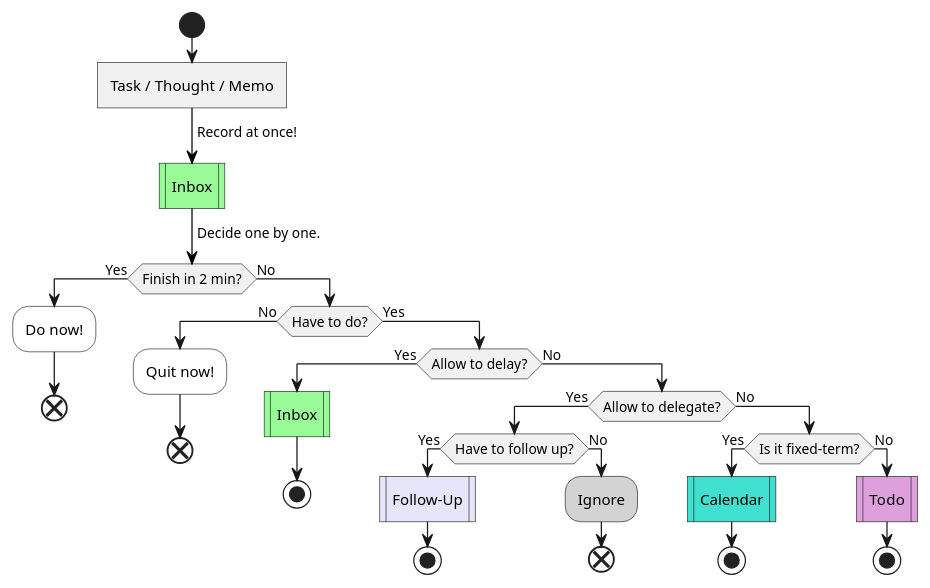
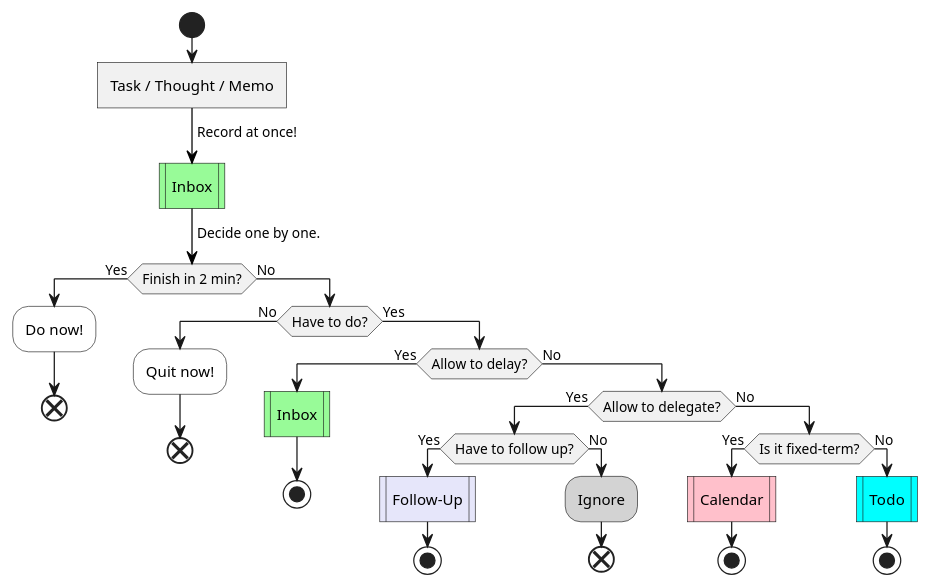
One commit to IceHe/icehe-lib changed the third of 9 diagrams in snips/principles/gtd.md. Above: the diagram before and after it, drawn with PlantUML. The commit also changed other lines of this file and 1 other file, not shown here.

````diff
--- a/snips/principles/gtd.md
+++ b/snips/principles/gtd.md
@@ -47,41 +47,41 @@
 ```plantuml
 @startuml
 start
 :Task / Thought / Memo]
 -[#black]-> Record at once!;
 #paleGreen:Inbox|
 -[#black]-> Decide one by one.;
 if (Finish in 2 min?) then (Yes)
     #white:Do now!;
     end
 else (No)
     if (Have to do?) then (No)
         #white:Quit now!;
         end
     else (Yes)
         if (Allow to delay?) then (Yes)
             #paleGreen:Inbox|
             stop
         else (No)
             if (Allow to delegate?) then (Yes)
                 if (Have to follow up?) then (Yes)
                     #lavender:Follow-Up|
                     stop
                 else (No)
                     #lightGray:Ignore;
                     end
                 endif
             else (No)
                 if (Is it fixed-term?) then (Yes)
-                    #turquoise:Calendar|
+                    #pink:Calendar|
                     stop
                 else (No)
-                    #plum:Todo|
+                    #aqua:Todo|
                     stop
                 endif
             endif
         endif
     endif
 endif
 @enduml
 ```
````
